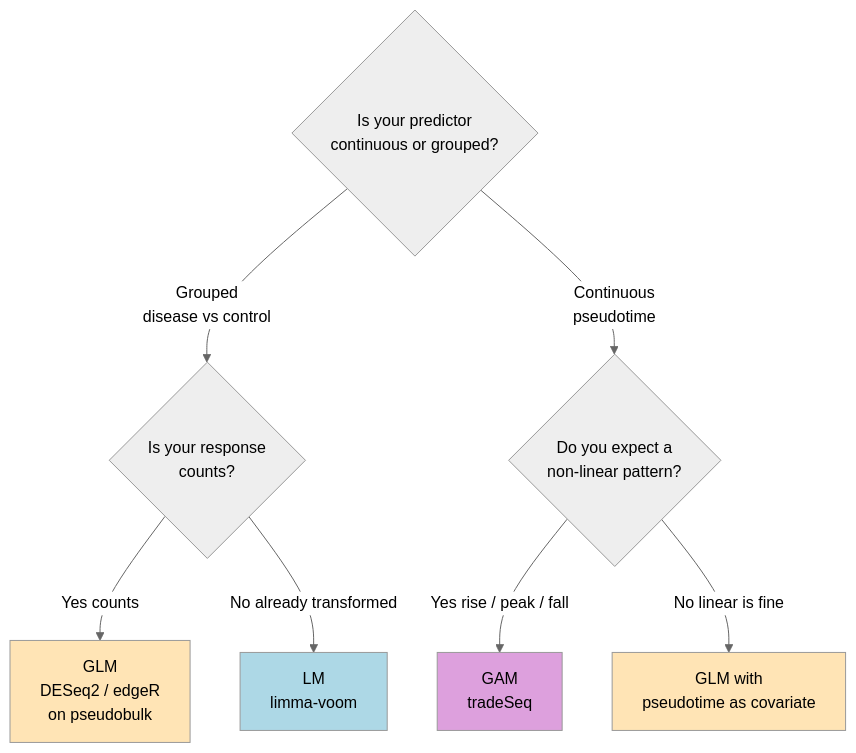
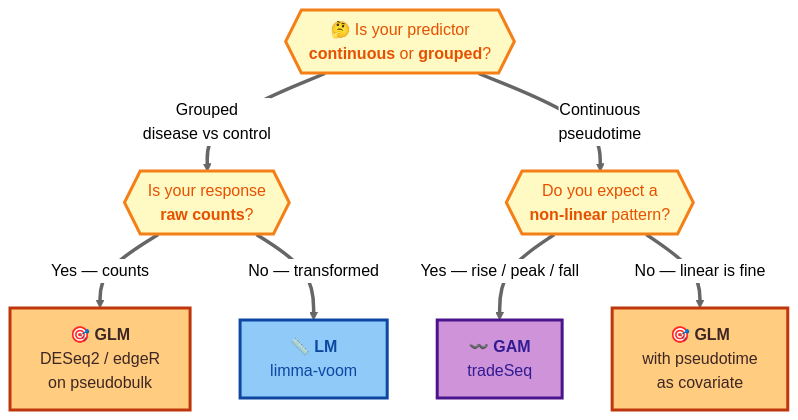
Before and after one commit to ramadatta/ramadatta.github.io: the fourth of 4 diagrams in _posts/2026-04-13-LM-vs-GLM-vs-GAM.md, drawn with Mermaid (neutral theme). The commit also changed other lines of this file, not shown here.

Commit message:
Blog Post: When to Reach for LM, GLM, or GAM

```diff
--- a/_posts/2026-04-13-LM-vs-GLM-vs-GAM.md
+++ b/_posts/2026-04-13-LM-vs-GLM-vs-GAM.md
@@ -262,18 +264,21 @@
-<div class="mermaid">
+<div class="mermaid" style="display: flex; justify-content: center;">
 flowchart TD
-    Q1{Is your predictor<br/>continuous or grouped?}
+    Q1{{"🤔 Is your predictor<br/><b>continuous</b> or <b>grouped</b>?"}}
 
-    Q1 -->|Grouped<br/>disease vs control| Q2{Is your response<br/>counts?}
-    Q1 -->|Continuous<br/>pseudotime| Q3{Do you expect a<br/>non-linear pattern?}
+    Q1 ==>|"Grouped<br/>disease vs control"| Q2{{"Is your response<br/><b>raw counts</b>?"}}
+    Q1 ==>|"Continuous<br/>pseudotime"| Q3{{"Do you expect a<br/><b>non-linear</b> pattern?"}}
 
-    Q2 -->|Yes counts| GLM1[GLM<br/>DESeq2 / edgeR<br/>on pseudobulk]
-    Q2 -->|No already transformed| LM1[LM<br/>limma-voom]
+    Q2 ==>|"Yes — counts"| GLM1["🎯 <b>GLM</b><br/>DESeq2 / edgeR<br/>on pseudobulk"]
+    Q2 ==>|"No — transformed"| LM1["📏 <b>LM</b><br/>limma-voom"]
 
-    Q3 -->|Yes rise / peak / fall| GAM1[GAM<br/>tradeSeq]
-    Q3 -->|No linear is fine| GLM2[GLM with<br/>pseudotime as covariate]
+    Q3 ==>|"Yes — rise / peak / fall"| GAM1["〰️ <b>GAM</b><br/>tradeSeq"]
+    Q3 ==>|"No — linear is fine"| GLM2["🎯 <b>GLM</b><br/>with pseudotime<br/>as covariate"]
 
-    style GLM1 fill:#FFE4B5
-    style GLM2 fill:#FFE4B5
-    style LM1 fill:#ADD8E6
-    style GAM1 fill:#DDA0DD
+    style Q1 fill:#FFF9C4,stroke:#F57F17,stroke-width:3px,color:#E65100
+    style Q2 fill:#FFF9C4,stroke:#F57F17,stroke-width:3px,color:#E65100
+    style Q3 fill:#FFF9C4,stroke:#F57F17,stroke-width:3px,color:#E65100
+    style GLM1 fill:#FFCC80,stroke:#BF360C,stroke-width:3px,color:#3E2723
+    style GLM2 fill:#FFCC80,stroke:#BF360C,stroke-width:3px,color:#3E2723
+    style LM1 fill:#90CAF9,stroke:#0D47A1,stroke-width:3px,color:#0D47A1
+    style GAM1 fill:#CE93D8,stroke:#4A148C,stroke-width:3px,color:#311B92
 </div>
```
